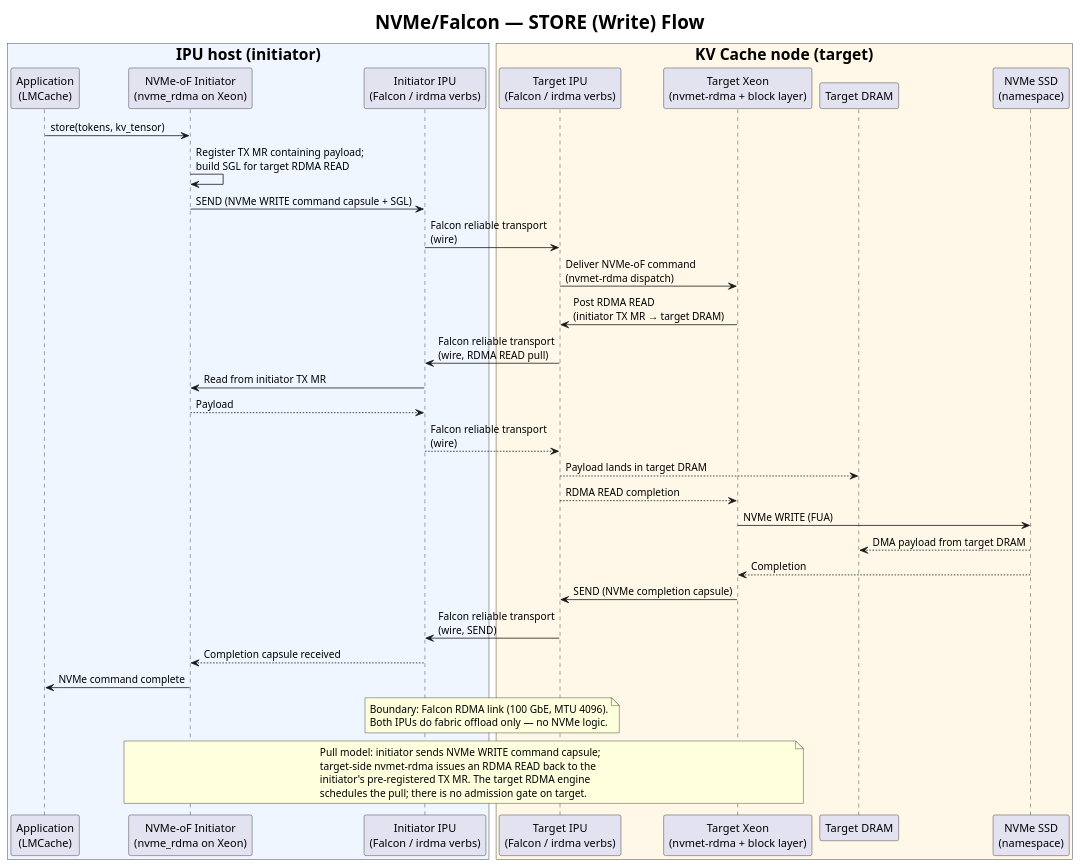
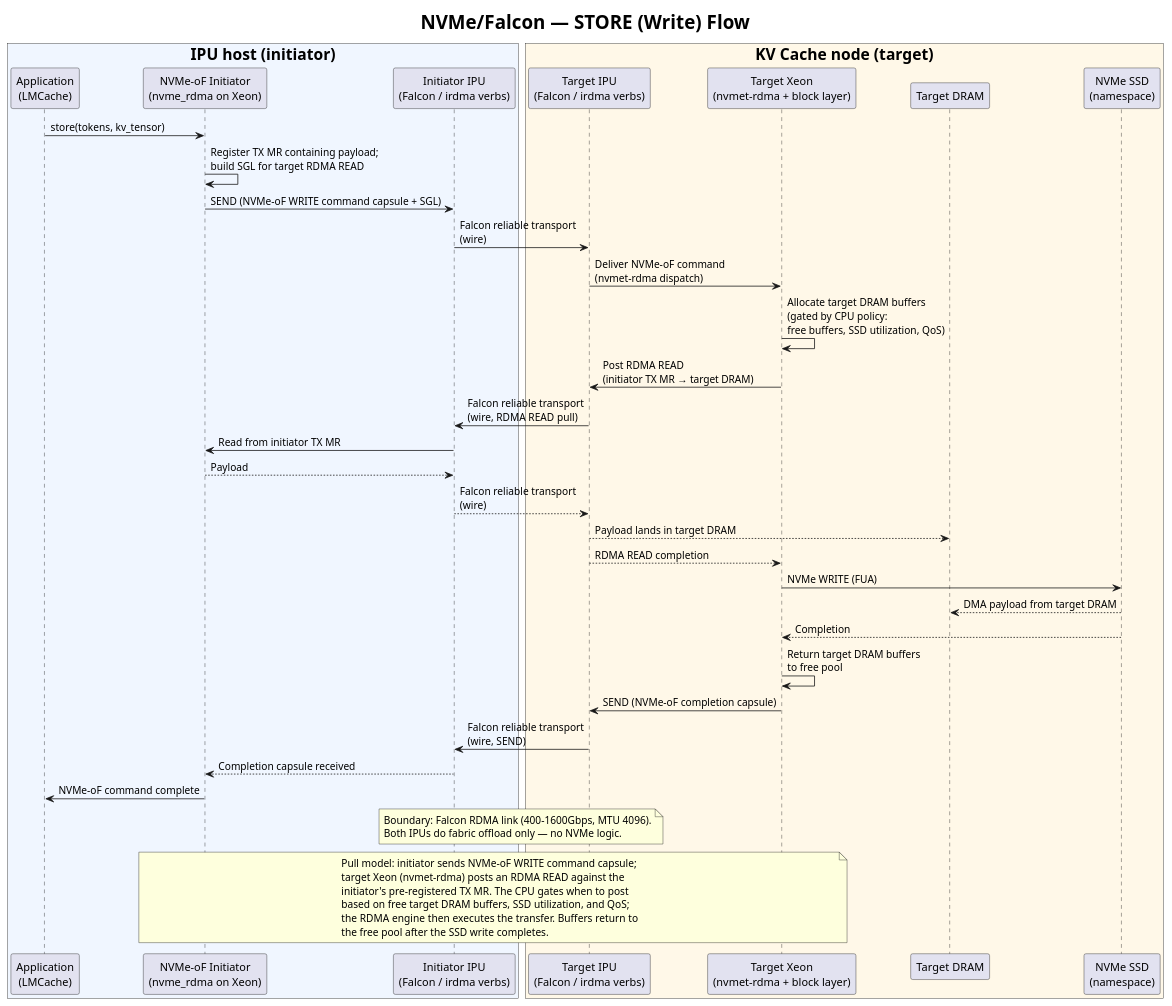
Before and after one commit to tsg-/LMCache: the diagram in docs/design/v1/platform/ipu-poc/diagrams/architecture-a-nvmeof-falcon-store-flow.puml, drawn with PlantUML. The commit also changed 3 other files, not shown here.

First line of the commit message:
docs(alt): refine Falcon flow diagrams — NVMe-oF terminology, DRAM buffer gating, 400-1600Gbps link

```diff
--- a/docs/design/v1/platform/ipu-poc/diagrams/architecture-a-nvmeof-falcon-store-flow.puml
+++ b/docs/design/v1/platform/ipu-poc/diagrams/architecture-a-nvmeof-falcon-store-flow.puml
@@ -1,55 +1,59 @@
 @startuml
 skinparam TitleFontSize 24
 title NVMe/Falcon — STORE (Write) Flow
 
 ' ─── IPU HOST (initiator side) ──────────────────────────────────
 box "<size:20><b>IPU host (initiator)</b></size>" #F0F6FF
 participant "Application\n(LMCache)" as APP
 participant "NVMe-oF Initiator\n(nvme_rdma on Xeon)" as INIT
 participant "Initiator IPU\n(Falcon / irdma verbs)" as IFAL
 end box
 
 ' ─── KV Cache node (target side) ────────────────────────────────
 box "<size:20><b>KV Cache node (target)</b></size>" #FFF8E8
 participant "Target IPU\n(Falcon / irdma verbs)" as TFAL
 participant "Target Xeon\n(nvmet-rdma + block layer)" as CPU
 participant "Target DRAM" as TDDR
 participant "NVMe SSD\n(namespace)" as SSD
 end box
 
 APP -> INIT: store(tokens, kv_tensor)
 INIT -> INIT: Register TX MR containing payload;\nbuild SGL for target RDMA READ
-INIT -> IFAL: SEND (NVMe WRITE command capsule + SGL)
+INIT -> IFAL: SEND (NVMe-oF WRITE command capsule + SGL)
 IFAL -> TFAL: Falcon reliable transport\n(wire)
 TFAL -> CPU: Deliver NVMe-oF command\n(nvmet-rdma dispatch)
 
+CPU -> CPU: Allocate target DRAM buffers\n(gated by CPU policy:\nfree buffers, SSD utilization, QoS)
 CPU -> TFAL: Post RDMA READ\n(initiator TX MR → target DRAM)
 TFAL -> IFAL: Falcon reliable transport\n(wire, RDMA READ pull)
 IFAL -> INIT: Read from initiator TX MR
 INIT --> IFAL: Payload
 IFAL --> TFAL: Falcon reliable transport\n(wire)
 TFAL --> TDDR: Payload lands in target DRAM
 TFAL --> CPU: RDMA READ completion
 
 CPU -> SSD: NVMe WRITE (FUA)
 SSD --> TDDR: DMA payload from target DRAM
 SSD --> CPU: Completion
+CPU -> CPU: Return target DRAM buffers\nto free pool
 
-CPU -> TFAL: SEND (NVMe completion capsule)
+CPU -> TFAL: SEND (NVMe-oF completion capsule)
 TFAL -> IFAL: Falcon reliable transport\n(wire, SEND)
 IFAL --> INIT: Completion capsule received
 
-INIT -> APP: NVMe command complete
+INIT -> APP: NVMe-oF command complete
 
 note over IFAL, TFAL
-  Boundary: Falcon RDMA link (100 GbE, MTU 4096).
+  Boundary: Falcon RDMA link (400-1600Gbps, MTU 4096).
   Both IPUs do fabric offload only — no NVMe logic.
 end note
 
 note over CPU, INIT
-  Pull model: initiator sends NVMe WRITE command capsule;
-  target-side nvmet-rdma issues an RDMA READ back to the
-  initiator's pre-registered TX MR. The target RDMA engine
-  schedules the pull; there is no admission gate on target.
+  Pull model: initiator sends NVMe-oF WRITE command capsule;
+  target Xeon (nvmet-rdma) posts an RDMA READ against the
+  initiator's pre-registered TX MR. The CPU gates when to post
+  based on free target DRAM buffers, SSD utilization, and QoS;
+  the RDMA engine then executes the transfer. Buffers return to
+  the free pool after the SSD write completes.
 end note
 @enduml
```
